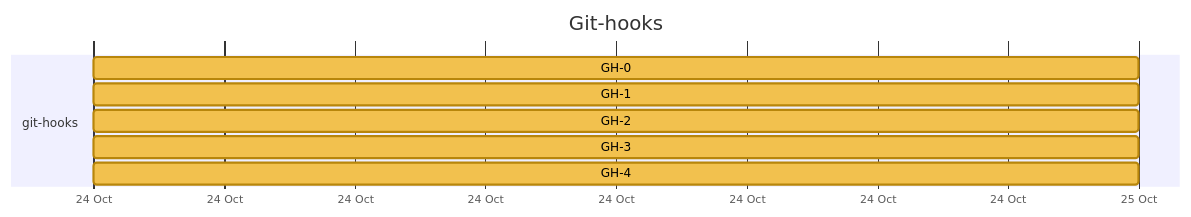
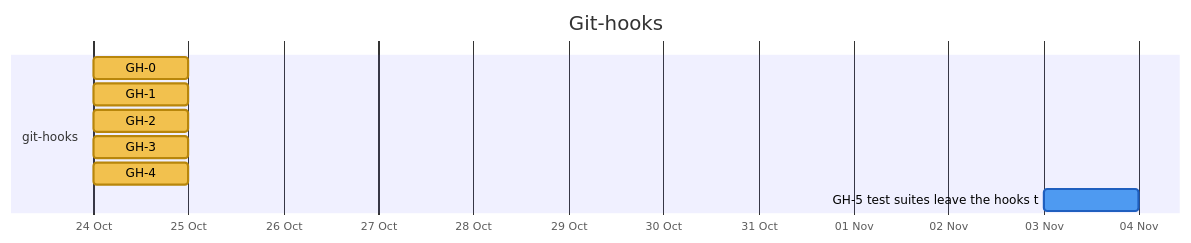
Before and after one commit to nebularis/lattice: the seventh of 26 diagrams in docs/developer/ROADMAP.md, drawn with Mermaid. The commit also changed other lines of this file and 12 other files, not shown here.

First line of the commit message:
[git-hooks] GH-5: a hook runs quick checks, never a test suite

````diff
--- a/docs/developer/ROADMAP.md
+++ b/docs/developer/ROADMAP.md
@@ -271,13 +271,14 @@
 ```mermaid
 %%{init: {"themeVariables": {"taskBkgColor": "#f2c14e", "taskBorderColor": "#b8860b", "taskTextColor": "#000000", "activeTaskBkgColor": "#4e9af1", "activeTaskBorderColor": "#1f5fbf", "activeTaskBorderColor": "#1f5fbf", "doneTaskBkgColor": "#8fcf8f", "doneTaskBorderColor": "#2f7d32", "critBkgColor": "#f28b82", "critBorderColor": "#b23a30", "taskTextDarkColor": "#000000", "taskTextLightColor": "#000000"}}}%%
 gantt
     title Git-hooks
     dateFormat YYYY-MM-DD
     axisFormat %d %b
     section git-hooks
     GH-0 :gh0, 2026-10-24, 2026-10-25
     GH-1 :gh1, 2026-10-24, 2026-10-25
     GH-2 :gh2, 2026-10-24, 2026-10-25
     GH-3 :gh3, 2026-10-24, 2026-10-25
     GH-4 :gh4, 2026-10-24, 2026-10-25
+    GH-5 test suites leave the hooks t :active, gh5, 2026-11-03, 2026-11-04
 ```
````
